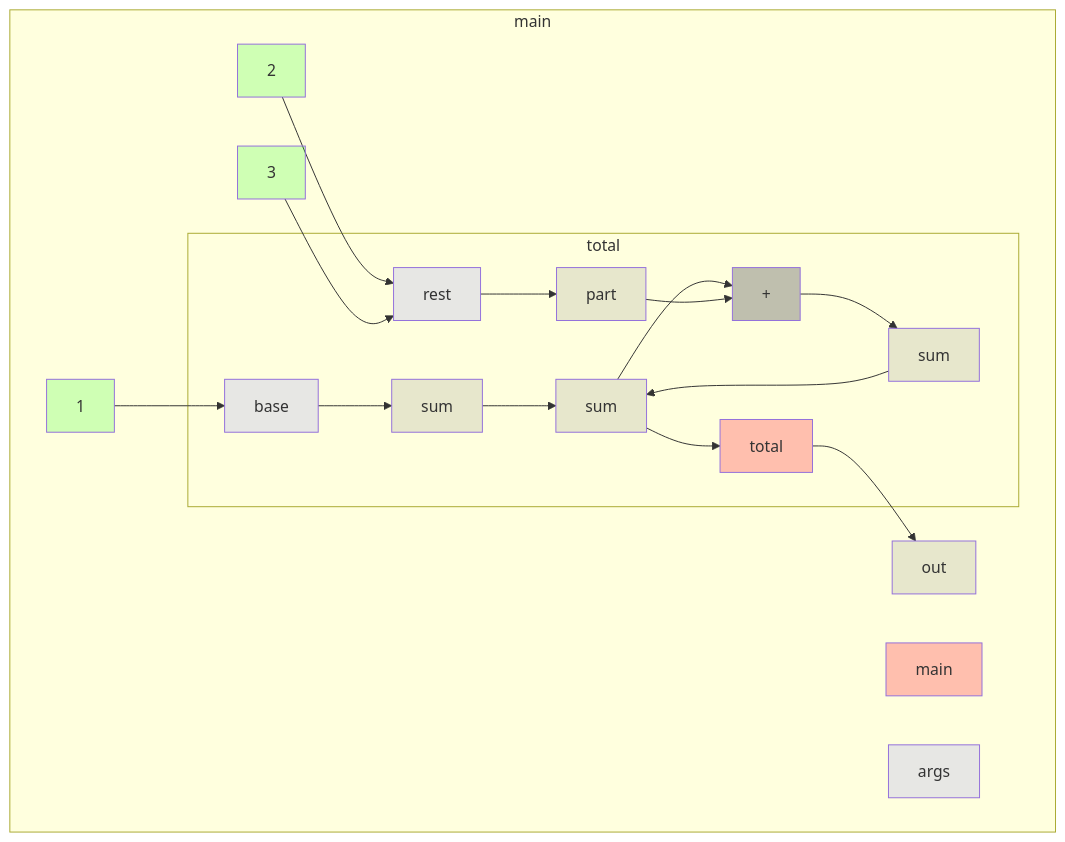
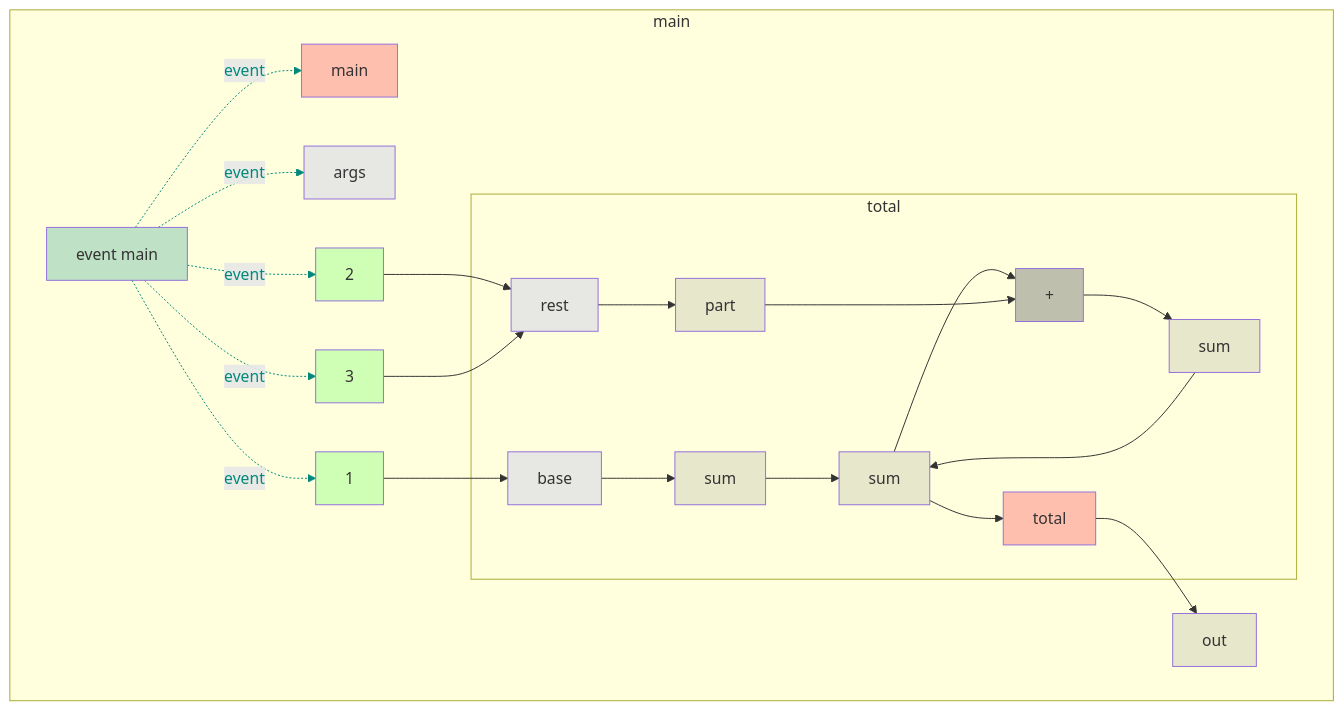
Before and after one commit to gstiebler/codeflow: the diagram in app/src/test/resources/varargs/snapshot.md, drawn with Mermaid. The commit also changed 77 other files, not shown here.

````diff
--- a/app/src/test/resources/varargs/snapshot.md
+++ b/app/src/test/resources/varargs/snapshot.md
@@ -1,40 +1,52 @@
 ```mermaid
 flowchart TD
   subgraph b0["main"]
-    n1[main]:::RETURN
-    n2[args]:::FUNC_PARAM
-    n3[1]:::LITERAL
-    n4[2]:::LITERAL
-    n5[3]:::LITERAL
-    n15[out]:::VARIABLE
-    n3[1]:::LITERAL --> n8[base]:::FUNC_PARAM
-    n4[2]:::LITERAL --> n9[rest]:::FUNC_PARAM
-    n5[3]:::LITERAL --> n9[rest]:::FUNC_PARAM
-    n7[total]:::RETURN --> n15[out]:::VARIABLE
-    subgraph b6["total"]
-      n7[total]:::RETURN
-      n8[base]:::FUNC_PARAM
-      n9[rest]:::FUNC_PARAM
-      n10[sum]:::VARIABLE
+    n1[event main]:::EVENT
+    n2[main]:::RETURN
+    n3[args]:::FUNC_PARAM
+    n4[1]:::LITERAL
+    n5[2]:::LITERAL
+    n6[3]:::LITERAL
+    n16[out]:::VARIABLE
+    n1[event main]:::EVENT -. event .-> n2[main]:::RETURN
+    n1[event main]:::EVENT -. event .-> n3[args]:::FUNC_PARAM
+    n1[event main]:::EVENT -. event .-> n4[1]:::LITERAL
+    n1[event main]:::EVENT -. event .-> n5[2]:::LITERAL
+    n1[event main]:::EVENT -. event .-> n6[3]:::LITERAL
+    n4[1]:::LITERAL --> n9[base]:::FUNC_PARAM
+    n5[2]:::LITERAL --> n10[rest]:::FUNC_PARAM
+    n6[3]:::LITERAL --> n10[rest]:::FUNC_PARAM
+    n8[total]:::RETURN --> n16[out]:::VARIABLE
+    subgraph b7["total"]
+      n8[total]:::RETURN
+      n9[base]:::FUNC_PARAM
+      n10[rest]:::FUNC_PARAM
       n11[sum]:::VARIABLE
-      n12[part]:::VARIABLE
-      n13[+]:::BIN_OP
-      n14[sum]:::VARIABLE
-      n8[base]:::FUNC_PARAM --> n10[sum]:::VARIABLE
-      n9[rest]:::FUNC_PARAM --> n12[part]:::VARIABLE
-      n10[sum]:::VARIABLE --> n11[sum]:::VARIABLE
-      n11[sum]:::VARIABLE --> n13[+]:::BIN_OP
-      n11[sum]:::VARIABLE --> n7[total]:::RETURN
-      n12[part]:::VARIABLE --> n13[+]:::BIN_OP
-      n13[+]:::BIN_OP --> n14[sum]:::VARIABLE
-      n14[sum]:::VARIABLE --> n11[sum]:::VARIABLE
+      n12[sum]:::VARIABLE
+      n13[part]:::VARIABLE
+      n14[+]:::BIN_OP
+      n15[sum]:::VARIABLE
+      n9[base]:::FUNC_PARAM --> n11[sum]:::VARIABLE
+      n10[rest]:::FUNC_PARAM --> n13[part]:::VARIABLE
+      n11[sum]:::VARIABLE --> n12[sum]:::VARIABLE
+      n12[sum]:::VARIABLE --> n14[+]:::BIN_OP
+      n12[sum]:::VARIABLE --> n8[total]:::RETURN
+      n13[part]:::VARIABLE --> n14[+]:::BIN_OP
+      n14[+]:::BIN_OP --> n15[sum]:::VARIABLE
+      n15[sum]:::VARIABLE --> n12[sum]:::VARIABLE
     end
   end
+  linkStyle 0 stroke:#00897b,color:#00897b
+  linkStyle 1 stroke:#00897b,color:#00897b
+  linkStyle 2 stroke:#00897b,color:#00897b
+  linkStyle 3 stroke:#00897b,color:#00897b
+  linkStyle 4 stroke:#00897b,color:#00897b
   classDef LITERAL fill:#00FF0030
   classDef VARIABLE fill:#80808030
   classDef BIN_OP fill:#80808080
   classDef FUNC_PARAM fill:#8080FF30
   classDef RETURN fill:#FF808080
   classDef EXTERNAL fill:#FFA50040
   classDef UNMODELLED fill:#FF000030,stroke-dasharray: 4 2
+  classDef EVENT fill:#00897B40
 ```
````
